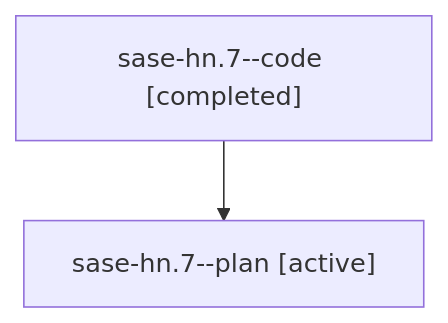
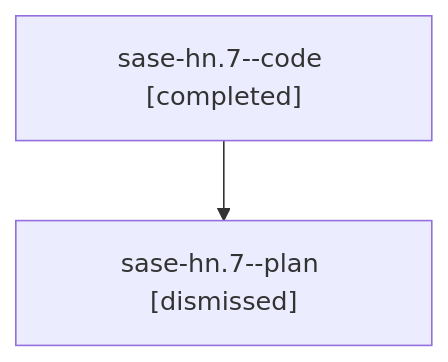
One commit to sase-org/sase--agents changed the diagram in sessions/bbugyi200.athena.sase-hn.7.md. Above: the diagram before and after it, drawn with Mermaid. The commit also changed other lines of this file and 100 other files, not shown here.

````diff
--- a/sessions/bbugyi200.athena.sase-hn.7.md
+++ b/sessions/bbugyi200.athena.sase-hn.7.md
@@ -9,6 +9,6 @@
 ```mermaid
 flowchart TD
   n0["sase-hn.7--code [completed]"]
-  n1["sase-hn.7--plan [active]"]
+  n1["sase-hn.7--plan [dismissed]"]
   n0 --> n1
 ```
````
